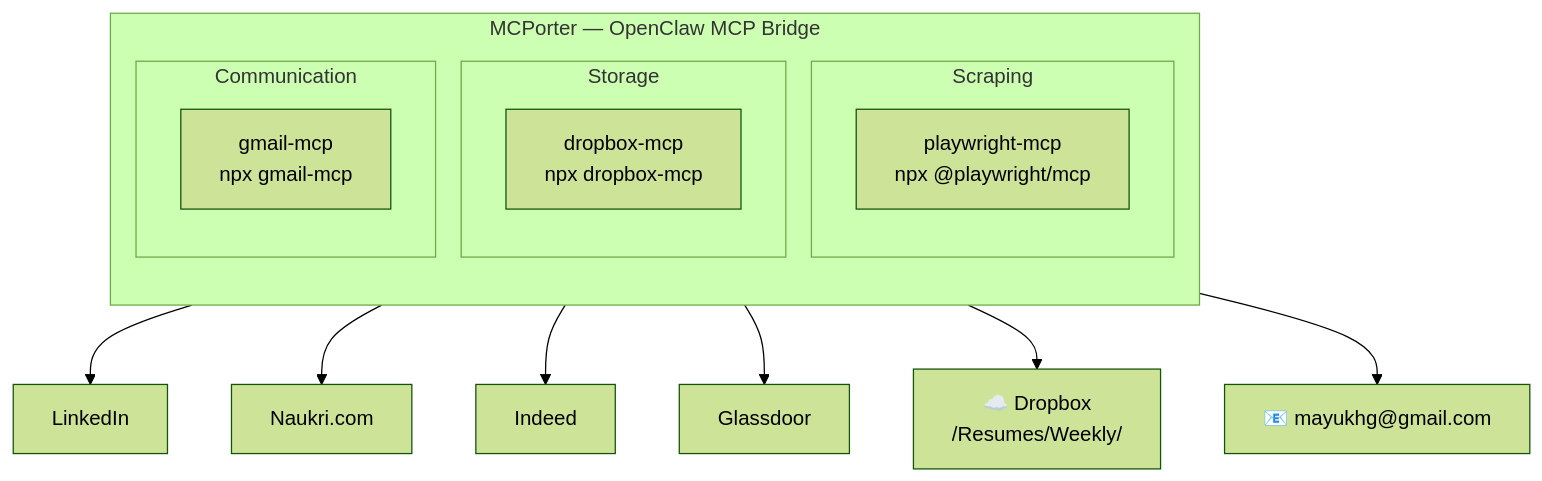
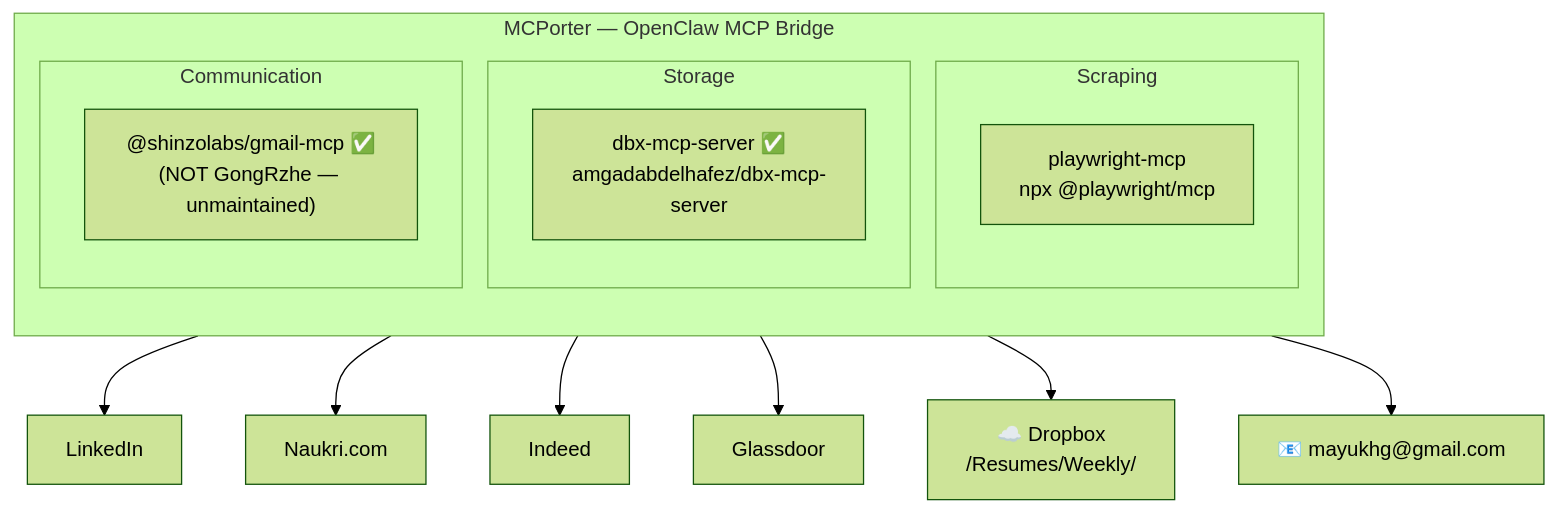
One commit to mayukhg/mg-ai-job-scanner changed the third of 7 diagrams in ARCHITECTURE_OPENCLAW.md. Above: the diagram before and after it, drawn with Mermaid (forest theme). The commit also changed other lines of this file and 1 other file, not shown here.

First line of the commit message:
Update OpenClaw design with audited MCP package recommendations

````diff
--- a/ARCHITECTURE_OPENCLAW.md
+++ b/ARCHITECTURE_OPENCLAW.md
@@ -88,27 +88,27 @@
 ```mermaid
 flowchart TB
     subgraph MCPORTER["MCPorter — OpenClaw MCP Bridge"]
         direction TB
 
         subgraph SCRAPE["Scraping"]
             PW["playwright-mcp\nnpx @playwright/mcp"]
         end
 
         subgraph STORE["Storage"]
-            DB["dropbox-mcp\nnpx dropbox-mcp"]
+            DB["dbx-mcp-server ✅\namgadabdelhafez/dbx-mcp-server"]
         end
 
         subgraph COMM["Communication"]
-            GM["gmail-mcp\nnpx gmail-mcp"]
+            GM["@shinzolabs/gmail-mcp ✅\n(NOT GongRzhe — unmaintained)"]
         end
     end
 
     PW --> LI[LinkedIn]
     PW --> NA[Naukri.com]
     PW --> IN[Indeed]
     PW --> GL[Glassdoor]
 
     DB --> DPX["☁️ Dropbox\n/Resumes/Weekly/"]
 
     GM --> EMAIL["📧 mayukhg@gmail.com"]
 ```
````
